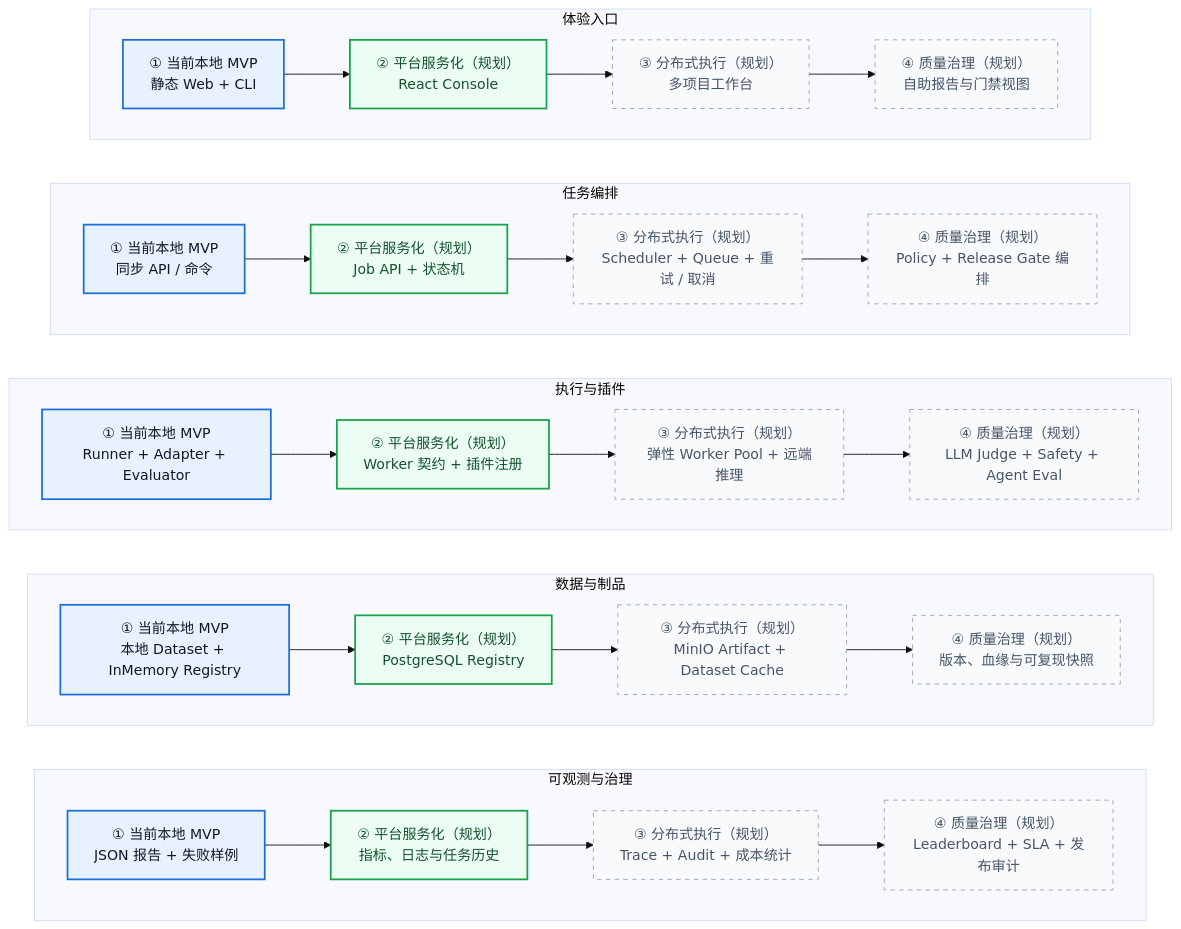
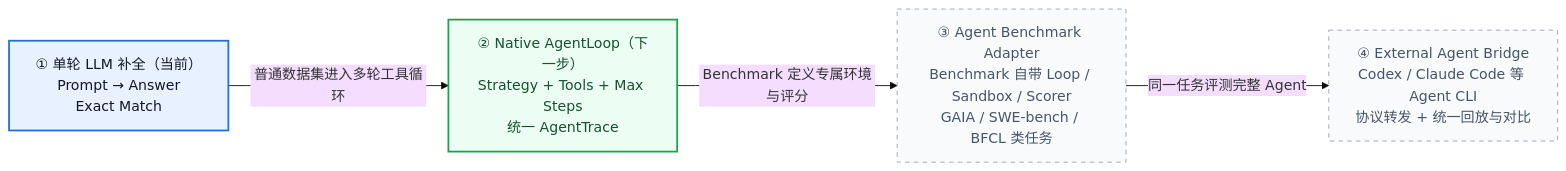
One commit to NEDONION/evalhub changed the fifth of 5 diagrams in README.md. Above: the diagram before and after it, drawn with Mermaid (base theme). The commit also changed other lines of this file and 32 other files, not shown here.

Commit message:
docs: align Agent roadmap and standardize document names

````diff
--- a/README.md
+++ b/README.md
@@ -310,43 +310,18 @@
 ```mermaid
-flowchart TB
-    subgraph Experience["体验入口"]
-        direction LR
-        UX1["① 当前本地 MVP<br/>静态 Web + CLI"] --> UX2["② 平台服务化（规划）<br/>React Console"] --> UX3["③ 分布式执行（规划）<br/>多项目工作台"] --> UX4["④ 质量治理（规划）<br/>自助报告与门禁视图"]
-    end
+flowchart LR
+    S1["① 单轮 LLM 补全（当前）<br/>Prompt → Answer<br/>Exact Match"]
+    S2["② Native AgentLoop（下一步）<br/>Strategy + Tools + Max Steps<br/>统一 AgentTrace"]
+    S3["③ Agent Benchmark Adapter<br/>Benchmark 自带 Loop / Sandbox / Scorer<br/>GAIA / SWE-bench / BFCL 类任务"]
+    S4["④ External Agent Bridge<br/>Codex / Claude Code 等 Agent CLI<br/>协议转发 + 统一回放与对比"]
 
-    subgraph Orchestration["任务编排"]
-        direction LR
-        OR1["① 当前本地 MVP<br/>同步 API / 命令"] --> OR2["② 平台服务化（规划）<br/>Job API + 状态机"] --> OR3["③ 分布式执行（规划）<br/>Scheduler + Queue + 重试 / 取消"] --> OR4["④ 质量治理（规划）<br/>Policy + Release Gate 编排"]
-    end
-
-    subgraph Execution["执行与插件"]
-        direction LR
-        EX1["① 当前本地 MVP<br/>Runner + Adapter + Evaluator"] --> EX2["② 平台服务化（规划）<br/>Worker 契约 + 插件注册"] --> EX3["③ 分布式执行（规划）<br/>弹性 Worker Pool + 远端推理"] --> EX4["④ 质量治理（规划）<br/>LLM Judge + Safety + Agent Eval"]
-    end
-
-    subgraph Data["数据与制品"]
-        direction LR
-        DA1["① 当前本地 MVP<br/>本地 Dataset + InMemory Registry"] --> DA2["② 平台服务化（规划）<br/>PostgreSQL Registry"] --> DA3["③ 分布式执行（规划）<br/>MinIO Artifact + Dataset Cache"] --> DA4["④ 质量治理（规划）<br/>版本、血缘与可复现快照"]
-    end
-
-    subgraph Governance["可观测与治理"]
-        direction LR
-        GO1["① 当前本地 MVP<br/>JSON 报告 + 失败样例"] --> GO2["② 平台服务化（规划）<br/>指标、日志与任务历史"] --> GO3["③ 分布式执行（规划）<br/>Trace + Audit + 成本统计"] --> GO4["④ 质量治理（规划）<br/>Leaderboard + SLA + 发布审计"]
-    end
-
-    UX1 ~~~ OR1
-    UX4 ~~~ OR4
-    OR1 ~~~ EX1
-    OR4 ~~~ EX4
-    EX1 ~~~ DA1
-    EX4 ~~~ DA4
-    DA1 ~~~ GO1
-    DA4 ~~~ GO4
+    S1 -->|"普通数据集进入多轮工具循环"| S2
+    S2 -->|"Benchmark 定义专属环境与评分"| S3
+    S3 -->|"同一任务评测完整 Agent"| S4
 
     classDef current fill:#e8f1ff,stroke:#1d6fd8,color:#111827,stroke-width:2px;
     classDef next fill:#ecfdf3,stroke:#16a34a,color:#14532d,stroke-width:2px;
     classDef planned fill:#f8fafc,stroke:#94a3b8,color:#475569,stroke-dasharray:5 5;
-    class UX1,OR1,EX1,DA1,GO1 current;
-    class UX2,OR2,EX2,DA2,GO2 next;
-    class UX3,UX4,OR3,OR4,EX3,EX4,DA3,DA4,GO3,GO4 planned;
+    class S1 current;
+    class S2 next;
+    class S3,S4 planned;
 ```
````
